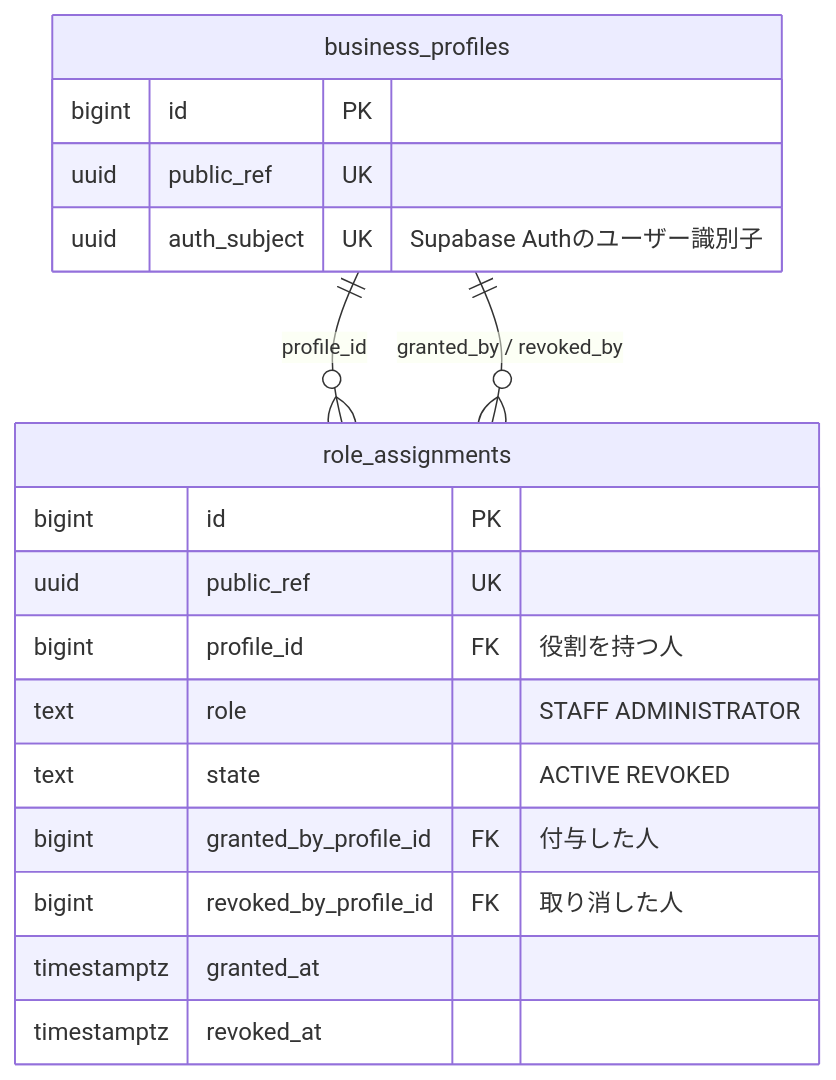
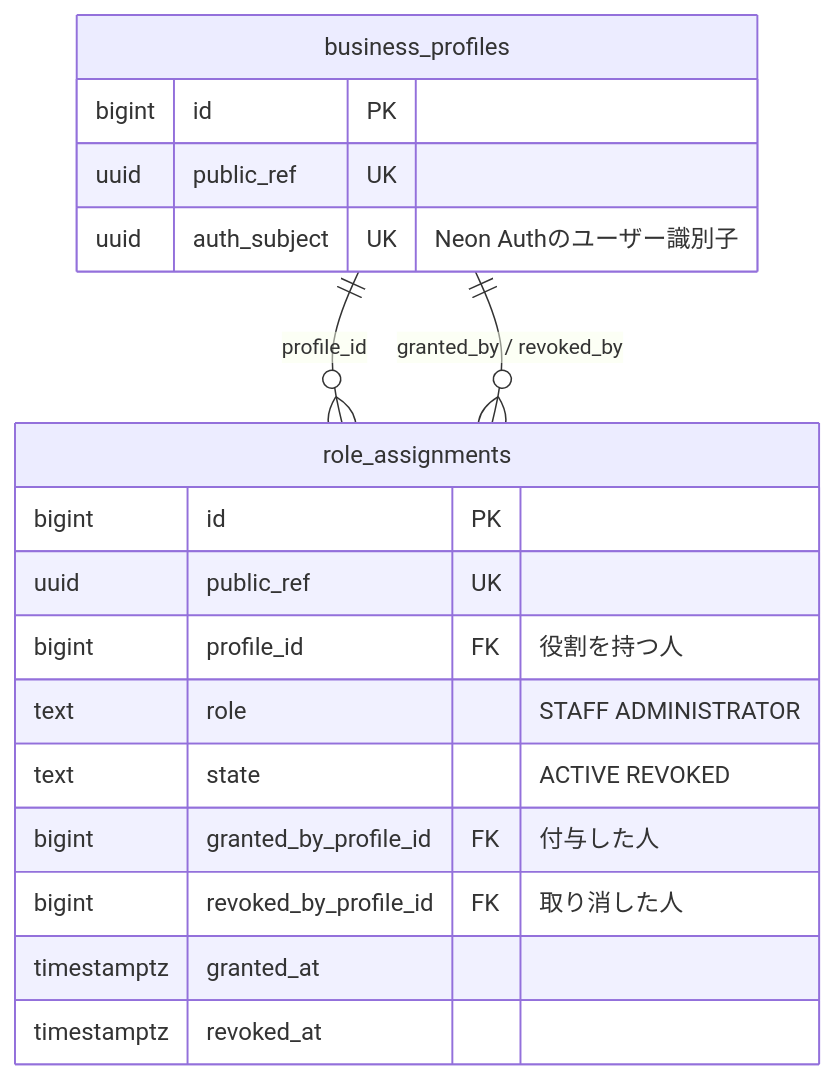
Before and after one commit to HayatoFukami/off-r39x: the fourth of 11 diagrams in docs/drafts/er-diagram.md, drawn with Mermaid. The commit also changed other lines of this file, not shown here.

Commit message:
docs(drafts): switch the ER diagram guide to Neon / Neon Auth and align it with SPEC-100 1.0.2

````diff
--- a/docs/drafts/er-diagram.md
+++ b/docs/drafts/er-diagram.md
@@ -229,22 +231,22 @@
 ```mermaid
 erDiagram
     business_profiles ||--o{ role_assignments : "profile_id"
     business_profiles ||--o{ role_assignments : "granted_by / revoked_by"
 
     business_profiles {
         bigint id PK
         uuid public_ref UK
-        uuid auth_subject UK "Supabase Authのユーザー識別子"
+        uuid auth_subject UK "Neon Authのユーザー識別子"
     }
     role_assignments {
         bigint id PK
         uuid public_ref UK
         bigint profile_id FK "役割を持つ人"
         text role "STAFF ADMINISTRATOR"
         text state "ACTIVE REVOKED"
         bigint granted_by_profile_id FK "付与した人"
         bigint revoked_by_profile_id FK "取り消した人"
         timestamptz granted_at
         timestamptz revoked_at
     }
 ```
````
